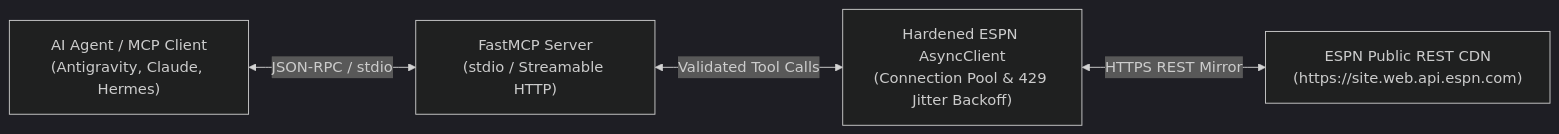
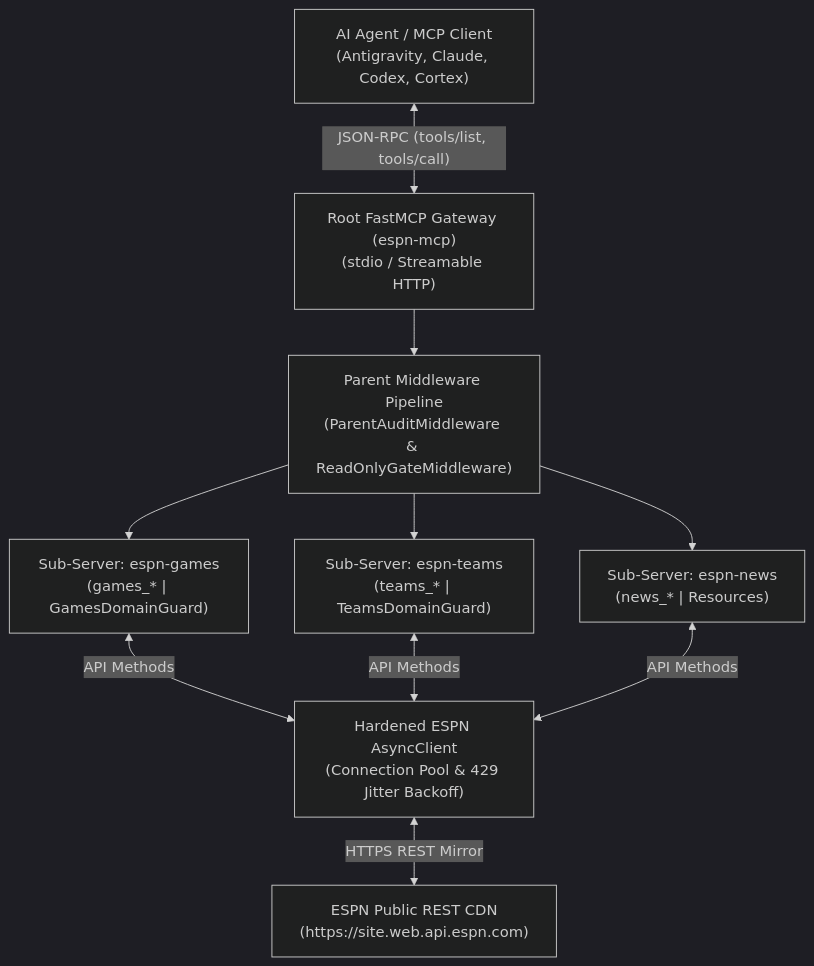
One commit to christianclaudio/mcp-server-espn changed the diagram in README.md. Above: the diagram before and after it, drawn with Mermaid (dark theme). The commit also changed other lines of this file and 17 other files, not shown here.

First line of the commit message:
feat(server): implement FastMCP 4 Server Composition and hierarchical middleware (#11)

````diff
--- a/README.md
+++ b/README.md
@@ -38,11 +38,19 @@
 ```mermaid
-graph LR
-    Agent["AI Agent / MCP Client<br>(Antigravity, Claude, Hermes)"]
-    Server["FastMCP Server<br>(stdio / Streamable HTTP)"]
+graph TD
+    Client["AI Agent / MCP Client<br>(Antigravity, Claude, Codex, Cortex)"]
+    Gateway["Root FastMCP Gateway (espn-mcp)<br>(stdio / Streamable HTTP)"]
+    ParentMW["Parent Middleware Pipeline<br>(ParentAuditMiddleware & ReadOnlyGateMiddleware)"]
+    GamesSub["Sub-Server: espn-games<br>(games_* | GamesDomainGuard)"]
+    TeamsSub["Sub-Server: espn-teams<br>(teams_* | TeamsDomainGuard)"]
+    NewsSub["Sub-Server: espn-news<br>(news_* | Resources)"]
     ClientHandler["Hardened ESPN AsyncClient<br>(Connection Pool & 429 Jitter Backoff)"]
     ESPN["ESPN Public REST CDN<br>(https://site.web.api.espn.com)"]
 
-    Agent <-->|"JSON-RPC / stdio"| Server
-    Server <-->|"Validated Tool Calls"| ClientHandler
+    Client <-->|"JSON-RPC (tools/list, tools/call)"| Gateway
+    Gateway --> ParentMW
+    ParentMW --> GamesSub
+    ParentMW --> TeamsSub
+    ParentMW --> NewsSub
+    GamesSub & TeamsSub & NewsSub <-->|"API Methods"| ClientHandler
     ClientHandler <-->|"HTTPS REST Mirror"| ESPN
 ```
````
